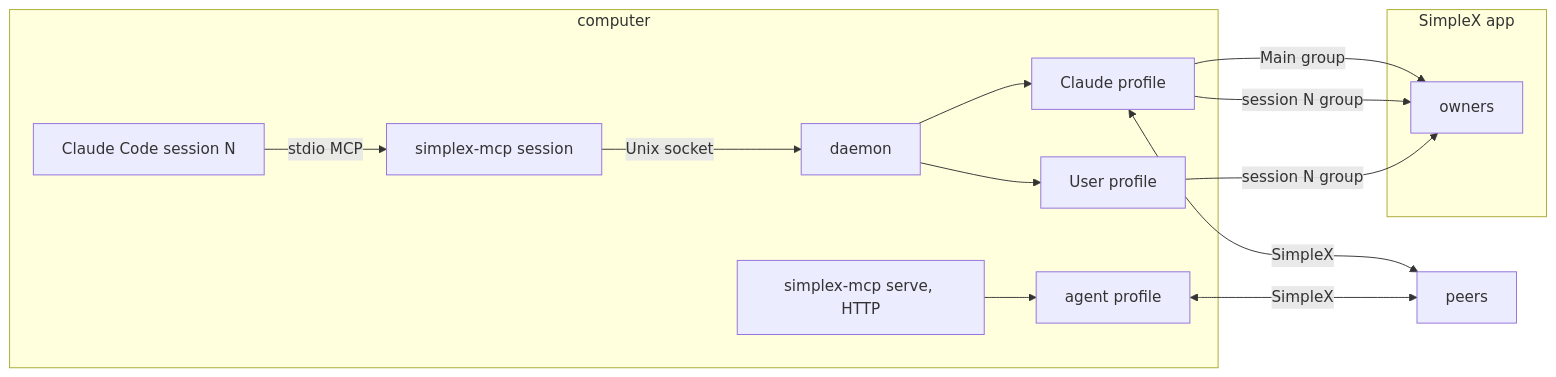
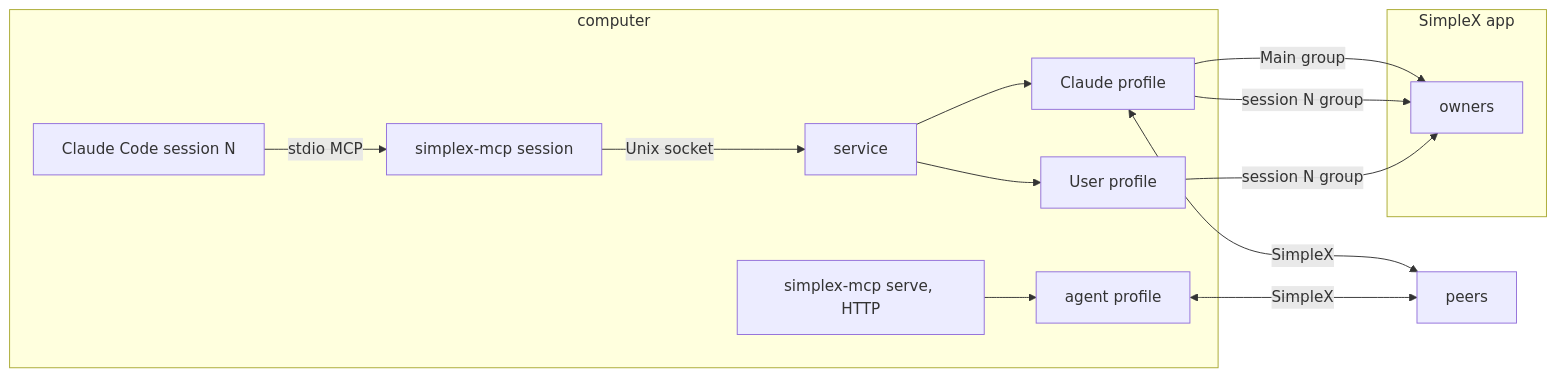
The fifth of 26 diagrams in plans/2026-11-07-mcp-claude-code-channel.md (simplex-chat/simplex-chat), drawn with Mermaid before and after one commit. The commit also changed other lines of this file, not shown here.

Commit message:
plan: decision 116, the service, and root files no agent name can take

````diff
--- a/plans/2026-11-07-mcp-claude-code-channel.md
+++ b/plans/2026-11-07-mcp-claude-code-channel.md
@@ -331,18 +332,18 @@
 ```mermaid
 flowchart LR
   subgraph App[SimpleX app]
     O[owners]
   end
   subgraph Host[computer]
     CC[Claude Code session N] -- stdio MCP --> S[simplex-mcp session]
-    S -- Unix socket --> D[daemon]
+    S -- Unix socket --> D[service]
     D --> H[Claude profile]
     D --> U[User profile]
     SV[simplex-mcp serve, HTTP] --> A0[agent profile]
   end
   H -- Main group --> O
   H -- session N group --> O
   U -- session N group --> O
   H <-- SimpleX --> P[peers]
   A0 <-- SimpleX --> P
 ```
````
